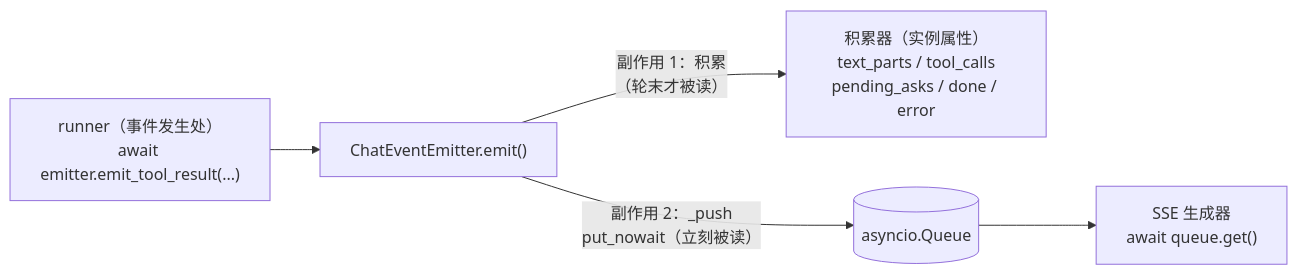
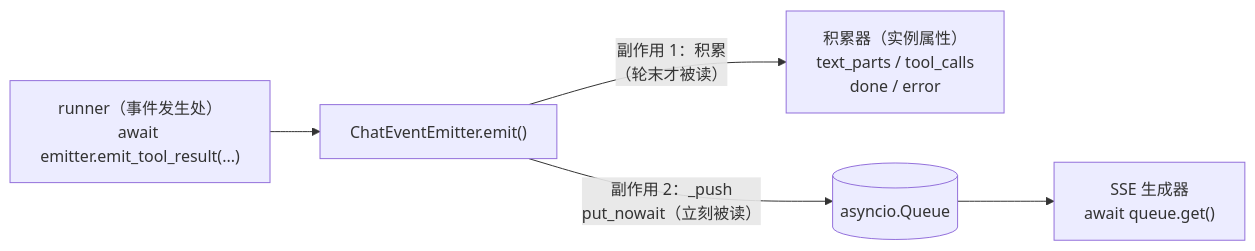
The first of 5 diagrams in doclens/web_v2/docs/ARCHITECTURE-event-flow.md (zhlhaohao/doclens), drawn with Mermaid before and after one commit. The commit also changed other lines of this file and 38 other files, not shown here.

````diff
--- a/doclens/web_v2/docs/ARCHITECTURE-event-flow.md
+++ b/doclens/web_v2/docs/ARCHITECTURE-event-flow.md
@@ -16,13 +16,13 @@
 ```mermaid
 flowchart LR
     R["runner（事件发生处）<br/>await emitter.emit_tool_result(...)"]
     E["ChatEventEmitter.emit()"]
-    A["积累器（实例属性）<br/>text_parts / tool_calls<br/>pending_asks / done / error"]
+    A["积累器（实例属性）<br/>text_parts / tool_calls<br/>done / error"]
     Q[("asyncio.Queue")]
     S["SSE 生成器<br/>await queue.get()"]
 
     R --> E
     E -->|"副作用 1：积累<br/>（轮末才被读）"| A
     E -->|"副作用 2：_push<br/>put_nowait（立刻被读）"| Q
     Q --> S
 ```
````
